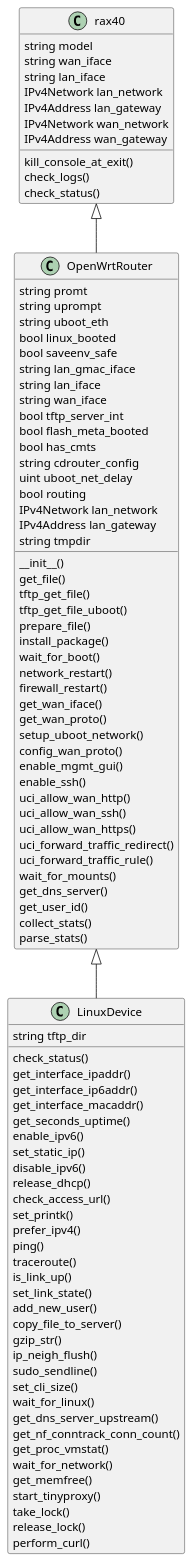
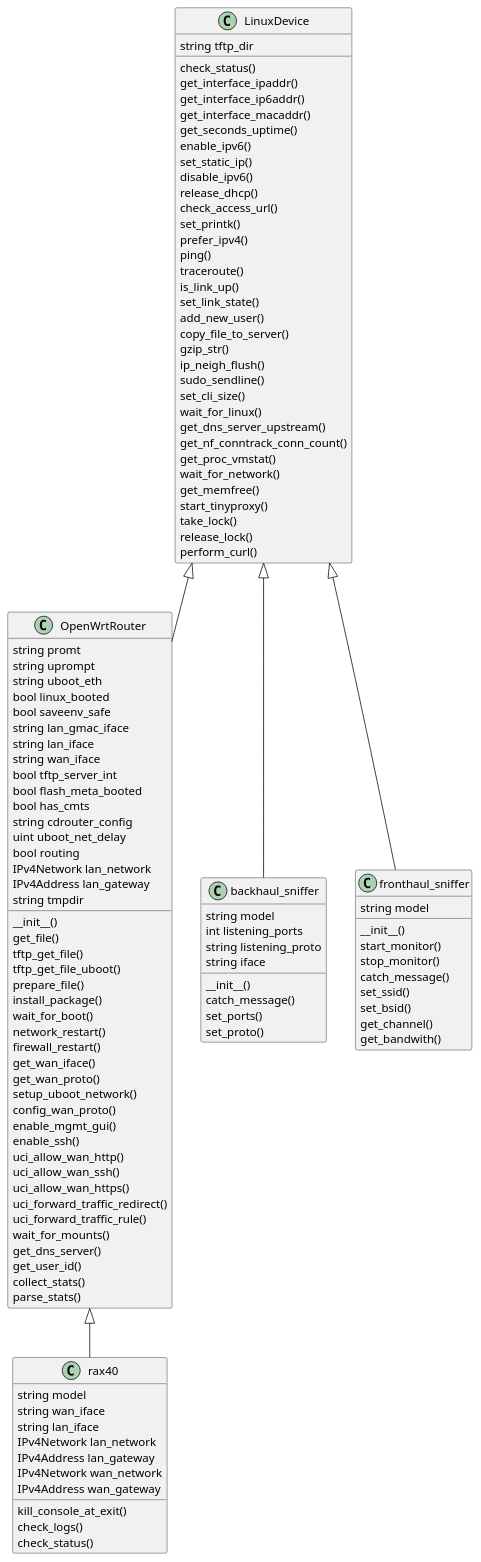
The diagram in documentation/images/plantuml/boardfarm_prplMesh_classes.puml (devalore/prplMesh), drawn with PlantUML before and after one commit.

Commit message:
documentation: boardfarm_prplMesh_classes: add sniffers
Add backhaul and fronthaul sniffers to the plan.

```diff
--- a/documentation/images/plantuml/boardfarm_prplMesh_classes.puml
+++ b/documentation/images/plantuml/boardfarm_prplMesh_classes.puml
@@ -1,100 +1,128 @@
 @startuml
 class LinuxDevice {
 	string tftp_dir
 
 	check_status()
 	get_interface_ipaddr()
 	get_interface_ip6addr()
 	get_interface_macaddr()
 	get_seconds_uptime()
 	enable_ipv6()
 	set_static_ip()
 	disable_ipv6()
 	release_dhcp()
 	check_access_url()
 	set_printk()
 	prefer_ipv4()
 	ping()
 	traceroute()
 	is_link_up()
 	set_link_state()
 	add_new_user()
 	copy_file_to_server()
 	 gzip_str()
 	ip_neigh_flush()
 	sudo_sendline()
 	set_cli_size()
 	wait_for_linux()
 	get_dns_server_upstream()
 	get_nf_conntrack_conn_count()
 	get_proc_vmstat()
 	wait_for_network()
 	get_memfree()
 	start_tinyproxy()
 	take_lock()
 	release_lock()
 	perform_curl()
 }
 
 class OpenWrtRouter {
 	string promt
 	string uprompt
 	string uboot_eth
 	bool linux_booted
 	bool saveenv_safe
 	string lan_gmac_iface
 	string lan_iface
 	string wan_iface
 	bool tftp_server_int
 	bool flash_meta_booted
 	bool has_cmts
 	string cdrouter_config
 	uint uboot_net_delay
 	bool routing
 	IPv4Network lan_network
 	IPv4Address lan_gateway
 	string tmpdir
 
 	__init__()
 	get_file()
 	tftp_get_file()
 	tftp_get_file_uboot()
 	prepare_file()
 	install_package()
 	wait_for_boot()
 	network_restart()
 	firewall_restart()
 	get_wan_iface()
 	get_wan_proto()
 	setup_uboot_network()
 	config_wan_proto()
 	enable_mgmt_gui()
 	enable_ssh()
 	uci_allow_wan_http()
 	uci_allow_wan_ssh()
 	uci_allow_wan_https()
 	uci_forward_traffic_redirect()
 	uci_forward_traffic_rule()
 	wait_for_mounts()
 	get_dns_server()
 	get_user_id()
 	collect_stats()
 	parse_stats()
 }
 
 class rax40 {
 	string model
 	string wan_iface
 	string lan_iface
 	IPv4Network lan_network
 	IPv4Address lan_gateway
 	IPv4Network wan_network
 	IPv4Address wan_gateway
 
 	kill_console_at_exit()
 	check_logs()
 	check_status()
 }
-OpenWrtRouter <|-- LinuxDevice
-rax40 <|-- OpenWrtRouter
+
+class backhaul_sniffer {
+    string model
+    int listening_ports
+    string listening_proto
+    string iface
+    
+    __init__()
+    catch_message()
+    set_ports()
+    set_proto()
+}
+
+class fronthaul_sniffer {
+    string model
+
+    __init__()
+    start_monitor()
+    stop_monitor()
+    catch_message()
+    set_ssid()
+    set_bsid()
+    get_channel()
+    get_bandwith()
+}
+
+ OpenWrtRouter <|-- rax40
+ LinuxDevice <|-- OpenWrtRouter
+ LinuxDevice <|-- backhaul_sniffer
+ LinuxDevice <|-- fronthaul_sniffer
 @enduml
```
